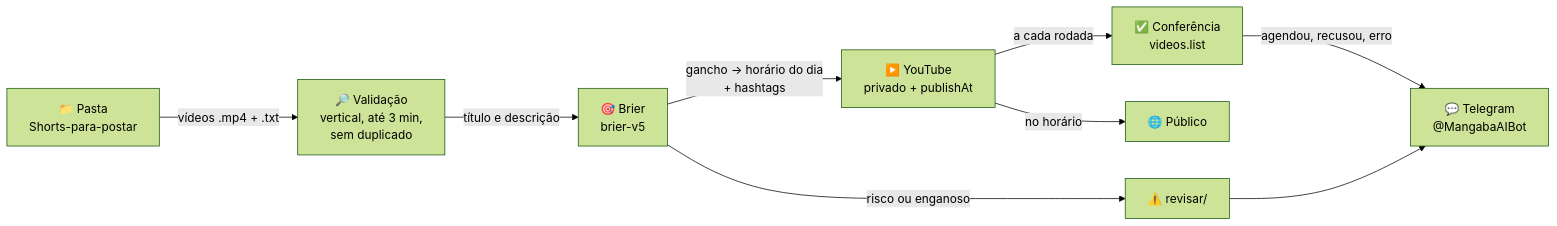
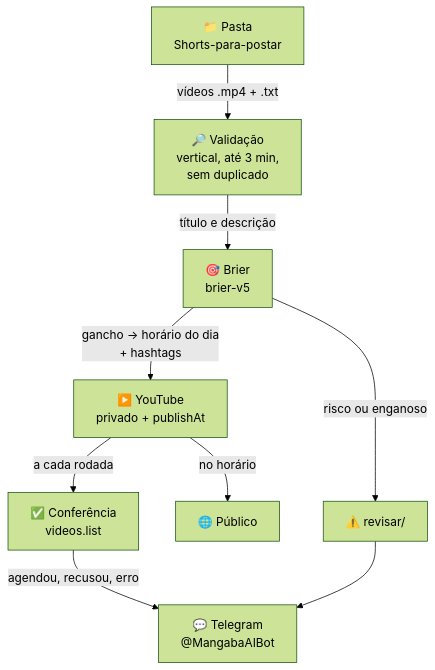
The diagram in docs/index.md (dheiver2/shorts-agendador), drawn with Mermaid (forest theme) before and after one commit.

Commit message:
Diagrama de cima para baixo para caber legível

````diff
--- a/docs/index.md
+++ b/docs/index.md
@@ -19,11 +19,11 @@
 ```mermaid
-flowchart LR
+flowchart TD
   P["📁 Pasta<br/>Shorts-para-postar"] -->|"vídeos .mp4 + .txt"| V["🔎 Validação<br/>vertical, até 3 min,<br/>sem duplicado"]
   V -->|"título e descrição"| B["🎯 Brier<br/>brier-v5"]
   B -->|"gancho → horário do dia<br/>+ hashtags"| Y["▶️ YouTube<br/>privado + publishAt"]
   B -->|"risco ou enganoso"| R["⚠️ revisar/"]
   Y -->|"no horário"| PUB["🌐 Público"]
   Y -->|"a cada rodada"| C["✅ Conferência<br/>videos.list"]
   C -->|"agendou, recusou, erro"| T["💬 Telegram<br/>@MangabaAIBot"]
   R --> T
 ```
````
